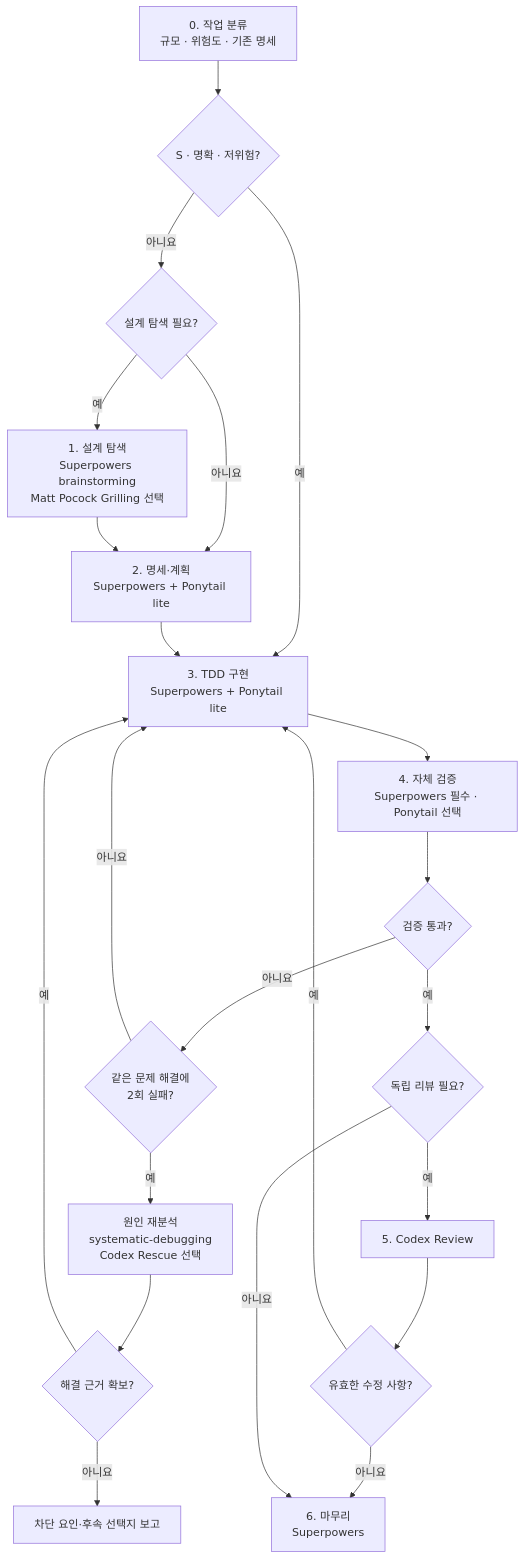
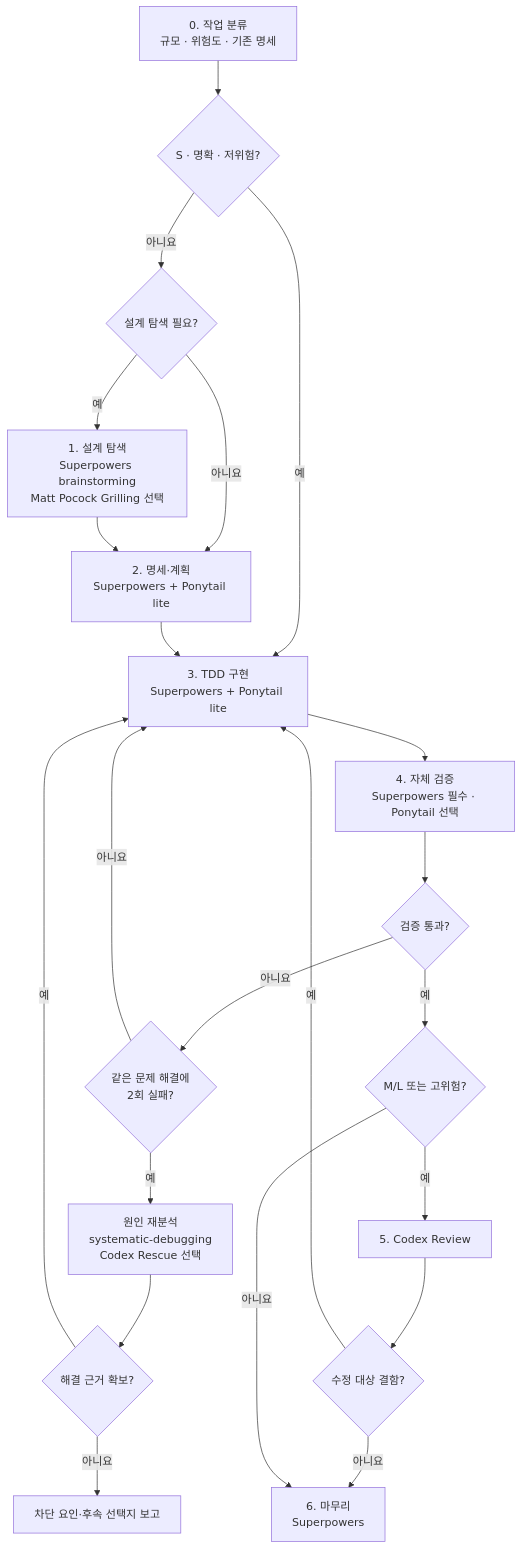
One commit to bottle-ship/cc-workflow changed the diagram in README.md. Above: the diagram before and after it, drawn with Mermaid. The commit also changed other lines of this file, not shown here.

````diff
--- a/README.md
+++ b/README.md
@@ -19,24 +19,24 @@
 ```mermaid
 flowchart TD
     A["0. 작업 분류<br/>규모 · 위험도 · 기존 명세"] --> Q{"S · 명확 · 저위험?"}
     Q -- "예" --> E["3. TDD 구현<br/>Superpowers + Ponytail lite"]
     Q -- "아니요" --> B{"설계 탐색 필요?"}
     B -- "예" --> C["1. 설계 탐색<br/>Superpowers brainstorming<br/>Matt Pocock Grilling 선택"]
     B -- "아니요" --> D["2. 명세·계획<br/>Superpowers + Ponytail lite"]
     C --> D
     D --> E
     E --> F["4. 자체 검증<br/>Superpowers 필수 · Ponytail 선택"]
     F --> G{"검증 통과?"}
     G -- "아니요" --> R{"같은 문제 해결에<br/>2회 실패?"}
     R -- "아니요" --> E
     R -- "예" --> S["원인 재분석<br/>systematic-debugging<br/>Codex Rescue 선택"]
     S --> T{"해결 근거 확보?"}
     T -- "예" --> E
     T -- "아니요" --> U["차단 요인·후속 선택지 보고"]
-    G -- "예" --> H{"독립 리뷰 필요?"}
+    G -- "예" --> H{"M/L 또는 고위험?"}
     H -- "예" --> I["5. Codex Review"]
-    I --> J{"유효한 수정 사항?"}
+    I --> J{"수정 대상 결함?"}
     J -- "예" --> E
     J -- "아니요" --> K["6. 마무리<br/>Superpowers"]
     H -- "아니요" --> K
 ```
````
